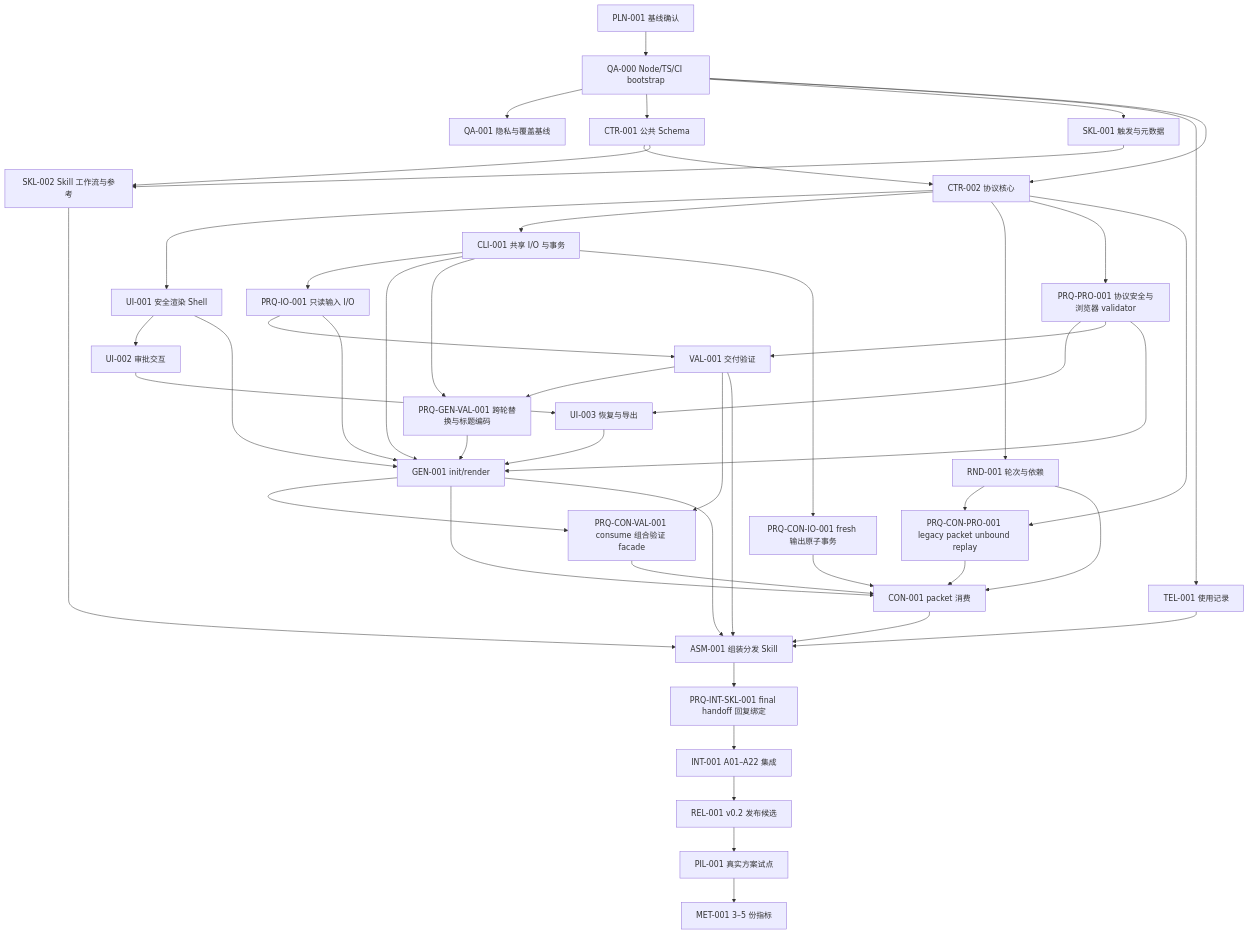
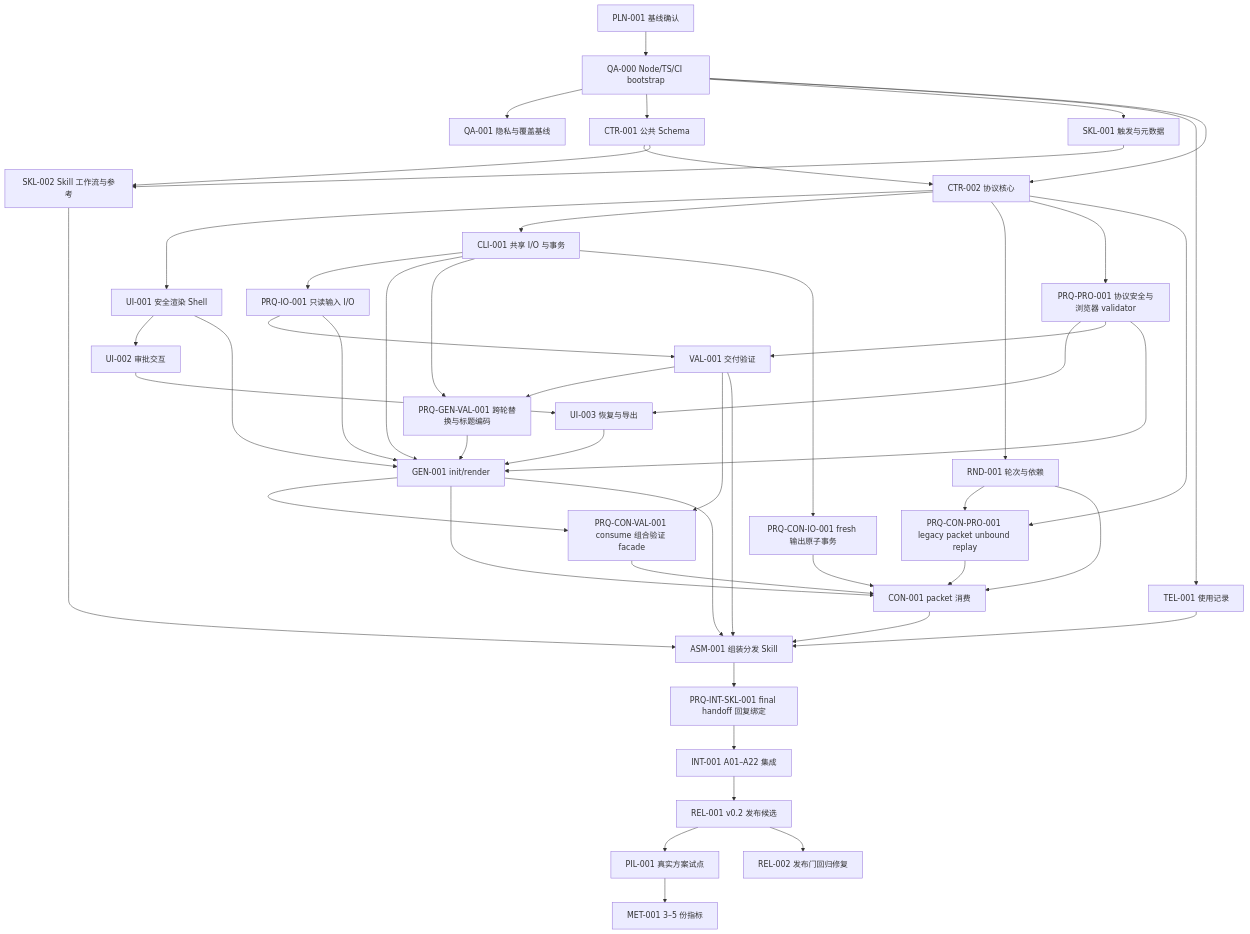
The diagram in docs/task.md (xiuyu0000/agent-reporting-skills), drawn with Mermaid before and after one commit. The commit also changed other lines of this file and 5 other files, not shown here.

````diff
--- a/docs/task.md
+++ b/docs/task.md
@@ -123,79 +123,81 @@
 ```mermaid
 flowchart TD
     PLN["PLN-001 基线确认"]
     QA0["QA-000 Node/TS/CI bootstrap"]
     QA["QA-001 隐私与覆盖基线"]
     CTR1["CTR-001 公共 Schema"]
     SKL1["SKL-001 触发与元数据"]
     TEL["TEL-001 使用记录"]
     CTR2["CTR-002 协议核心"]
     UI1["UI-001 安全渲染 Shell"]
     SKL2["SKL-002 Skill 工作流与参考"]
     CLI1["CLI-001 共享 I/O 与事务"]
     RND["RND-001 轮次与依赖"]
     UI2["UI-002 审批交互"]
     PRQPRO["PRQ-PRO-001 协议安全与浏览器 validator"]
     PRQIO["PRQ-IO-001 只读输入 I/O"]
     VAL["VAL-001 交付验证"]
     PRQGENVAL["PRQ-GEN-VAL-001 跨轮替换与标题编码"]
     PRQCONIO["PRQ-CON-IO-001 fresh 输出原子事务"]
     PRQCONPRO["PRQ-CON-PRO-001 legacy packet unbound replay"]
     PRQCONVAL["PRQ-CON-VAL-001 consume 组合验证 facade"]
     CON["CON-001 packet 消费"]
     UI3["UI-003 恢复与导出"]
     GEN["GEN-001 init/render"]
     ASM["ASM-001 组装分发 Skill"]
     PRQINTSKL["PRQ-INT-SKL-001 final handoff 回复绑定"]
     INT["INT-001 A01–A22 集成"]
     REL["REL-001 v0.2 发布候选"]
     PIL["PIL-001 真实方案试点"]
     MET["MET-001 3–5 份指标"]
+    REL2["REL-002 发布门回归修复"]
 
     PLN --> QA0
     QA0 --> QA
     QA0 --> CTR1
     QA0 --> SKL1
     QA0 --> TEL
     CTR1 --> CTR2
     CTR1 --> SKL2
     QA0 --> CTR2
     CTR2 --> UI1
     CTR2 --> CLI1
     CTR2 --> RND
     UI1 --> UI2
     CTR2 --> PRQPRO
     CLI1 --> PRQIO
     UI2 --> UI3
     PRQPRO --> UI3
     PRQPRO --> VAL
     PRQIO --> VAL
     PRQPRO --> GEN
     PRQIO --> GEN
     CLI1 --> GEN
     UI3 --> GEN
     UI1 --> GEN
     VAL --> PRQGENVAL
     CLI1 --> PRQGENVAL
     PRQGENVAL --> GEN
     CLI1 --> PRQCONIO
     CTR2 --> PRQCONPRO
     RND --> PRQCONPRO
     VAL --> PRQCONVAL
     GEN --> PRQCONVAL
     RND --> CON
     GEN --> CON
     PRQCONIO --> CON
     PRQCONPRO --> CON
     PRQCONVAL --> CON
     SKL1 --> SKL2
     GEN --> ASM
     VAL --> ASM
     CON --> ASM
     SKL2 --> ASM
     TEL --> ASM
     ASM --> PRQINTSKL
     PRQINTSKL --> INT
     INT --> REL
     REL --> PIL
     PIL --> MET
+    REL --> REL2
 ```
````
